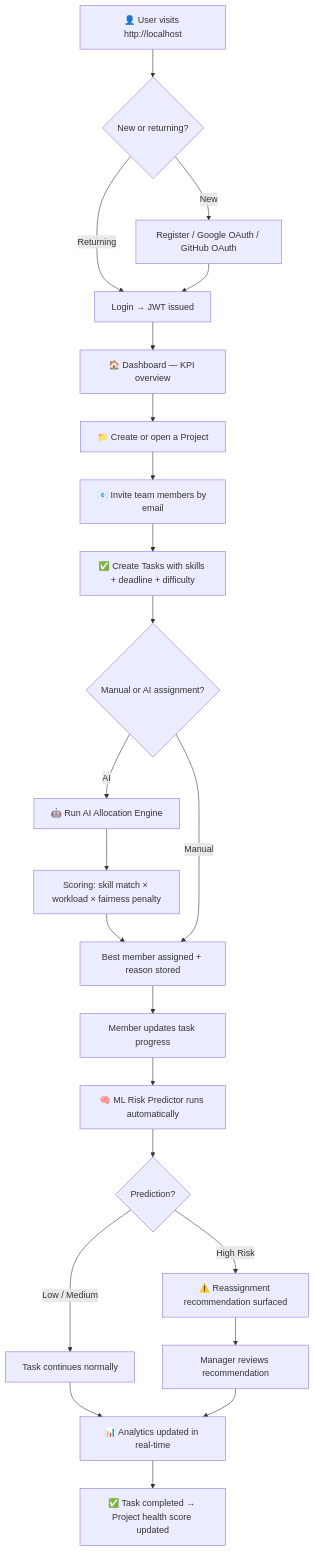
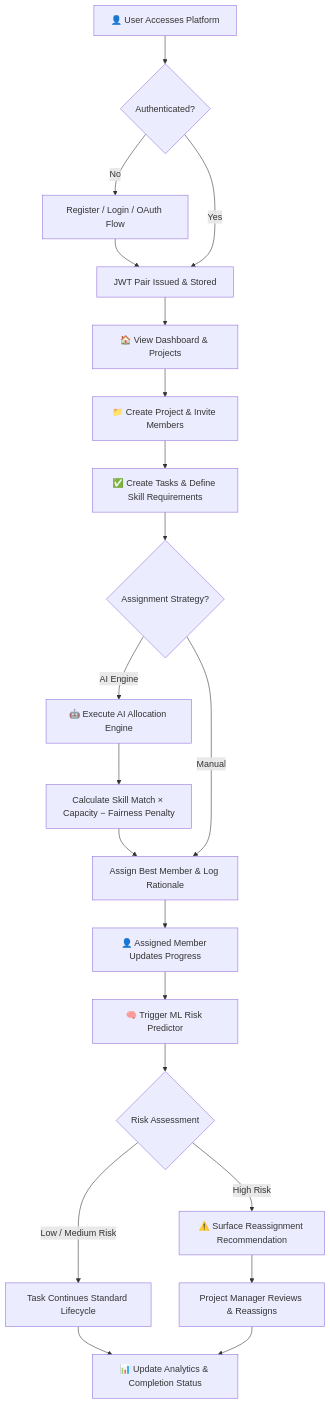
Before and after one commit to PrakharPurwar12/FairSplit: the first of 6 diagrams in README.md, drawn with Mermaid. The commit also changed other lines of this file, not shown here.

Commit message:
docs: enhance README UI and fix Mermaid rendering

````diff
--- a/README.md
+++ b/README.md
@@ -191,25 +216,23 @@
 ```mermaid
 flowchart TD
-    A[👤 User visits http://localhost] --> B{New or returning?}
-    B -->|New| C[Register / Google OAuth / GitHub OAuth]
-    B -->|Returning| D[Login → JWT issued]
-    C --> D
-    D --> E[🏠 Dashboard — KPI overview]
-    E --> F[📁 Create or open a Project]
-    F --> G[📧 Invite team members by email]
-    G --> H[✅ Create Tasks with skills + deadline + difficulty]
-    H --> I{Manual or AI assignment?}
-    I -->|AI| J[🤖 Run AI Allocation Engine]
-    J --> K[Scoring: skill match × workload × fairness penalty]
-    K --> L[Best member assigned + reason stored]
-    I -->|Manual| L
-    L --> M[Member updates task progress]
-    M --> N[🧠 ML Risk Predictor runs automatically]
-    N --> O{Prediction?}
-    O -->|High Risk| P[⚠️ Reassignment recommendation surfaced]
-    O -->|Low / Medium| Q[Task continues normally]
-    P --> R[Manager reviews recommendation]
-    Q --> S[📊 Analytics updated in real-time]
-    R --> S
-    S --> T[✅ Task completed → Project health score updated]
+    A["👤 User Accesses Platform"] --> B{"Authenticated?"}
+    B -->|No| C["Register / Login / OAuth Flow"]
+    C --> D["JWT Pair Issued & Stored"]
+    B -->|Yes| D
+    D --> E["🏠 View Dashboard & Projects"]
+    E --> F["📁 Create Project & Invite Members"]
+    F --> G["✅ Create Tasks & Define Skill Requirements"]
+    G --> H{"Assignment Strategy?"}
+    H -->|AI Engine| I["🤖 Execute AI Allocation Engine"]
+    I --> J["Calculate Skill Match × Capacity − Fairness Penalty"]
+    J --> K["Assign Best Member & Log Rationale"]
+    H -->|Manual| K
+    K --> L["👤 Assigned Member Updates Progress"]
+    L --> M["🧠 Trigger ML Risk Predictor"]
+    M --> N{"Risk Assessment"}
+    N -->|High Risk| O["⚠️ Surface Reassignment Recommendation"]
+    N -->|Low / Medium Risk| P["Task Continues Standard Lifecycle"]
+    O --> Q["Project Manager Reviews & Reassigns"]
+    P --> R["📊 Update Analytics & Completion Status"]
+    Q --> R
 ```
````
